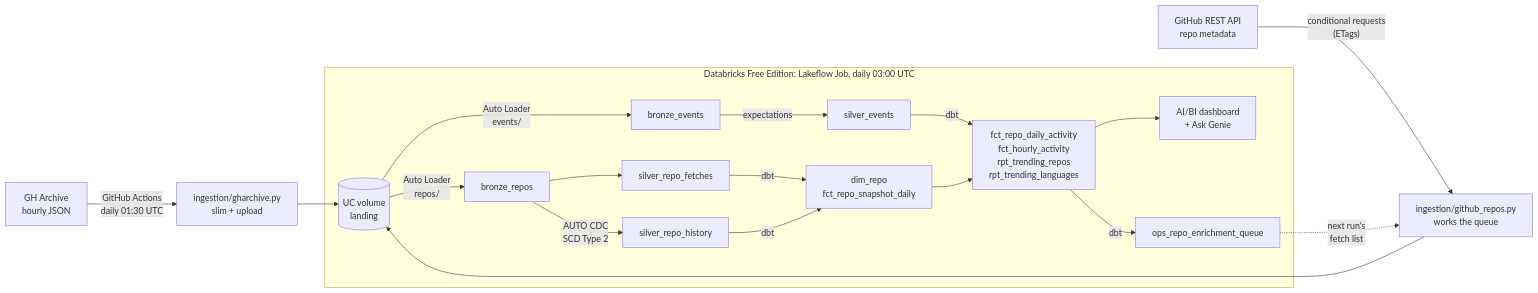
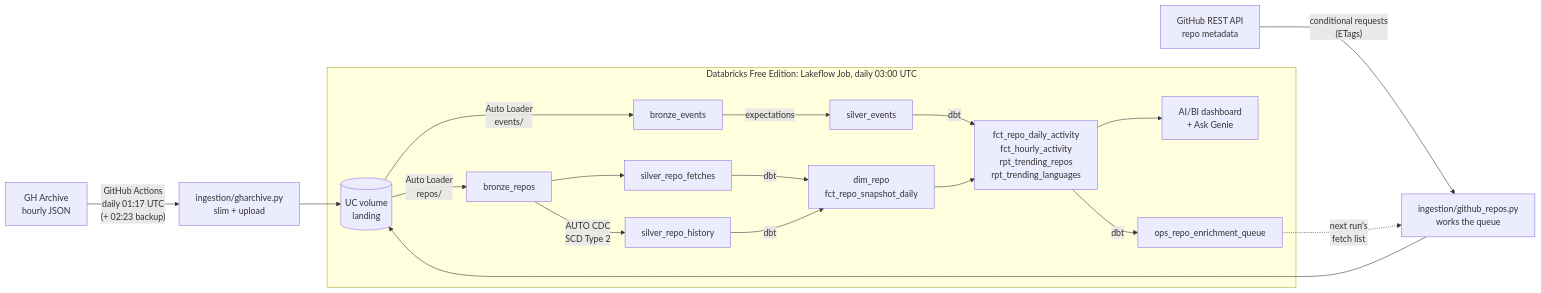
Before and after one commit to leon2378/github-archive-e2e-pipeline: the diagram in README.md, drawn with Mermaid. The commit also changed other lines of this file and 4 other files, not shown here.

First line of the commit message:
Harden the ingestion schedule against dropped GitHub runs

````diff
--- a/README.md
+++ b/README.md
@@ -35,21 +35,21 @@
 ```mermaid
 flowchart LR
-    GHA["GH Archive<br/>hourly JSON"] -->|"GitHub Actions<br/>daily 01:30 UTC"| ING["ingestion/gharchive.py<br/>slim + upload"]
+    GHA["GH Archive<br/>hourly JSON"] -->|"GitHub Actions<br/>daily 01:17 UTC<br/>(+ 02:23 backup)"| ING["ingestion/gharchive.py<br/>slim + upload"]
     API["GitHub REST API<br/>repo metadata"] -->|"conditional requests<br/>(ETags)"| ENR["ingestion/github_repos.py<br/>works the queue"]
     ING --> VOL[("UC volume<br/>landing")]
     ENR --> VOL
     subgraph DBX["Databricks Free Edition: Lakeflow Job, daily 03:00 UTC"]
         VOL -->|"Auto Loader<br/>events/"| BR["bronze_events"]
         BR -->|"expectations"| SI["silver_events"]
         VOL -->|"Auto Loader<br/>repos/"| BRR["bronze_repos"]
         BRR --> SRF["silver_repo_fetches"]
         BRR -->|"AUTO CDC<br/>SCD Type 2"| SRH["silver_repo_history"]
         SRF -->|dbt| DIM["dim_repo<br/>fct_repo_snapshot_daily"]
         SRH -->|dbt| DIM
         SI -->|dbt| GOLD["fct_repo_daily_activity<br/>fct_hourly_activity<br/>rpt_trending_repos<br/>rpt_trending_languages"]
         DIM --> GOLD
         GOLD --> DASH["AI/BI dashboard<br/>+ Ask Genie"]
         GOLD -->|dbt| Q["ops_repo_enrichment_queue"]
     end
     Q -.->|"next run's<br/>fetch list"| ENR
 ```
````
